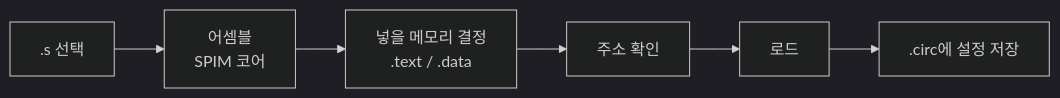
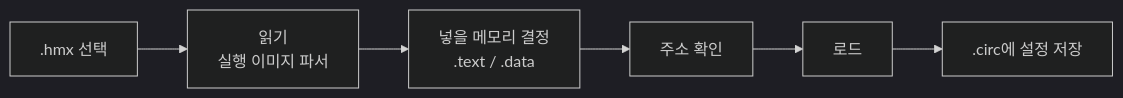
The first of 2 diagrams in PLAN.md (ars2323/hallym-circuit-studio), drawn with Mermaid (dark theme) before and after one commit. The commit also changed other lines of this file and 9 other files, not shown here.

````diff
--- a/PLAN.md
+++ b/PLAN.md
@@ -222,8 +222,8 @@
 ```mermaid
 flowchart LR
-  A[.s 선택] --> B[어셈블<br/>SPIM 코어]
+  A[.hmx 선택] --> B[읽기<br/>실행 이미지 파서]
   B --> C[넣을 메모리 결정<br/>.text / .data]
   C --> D[주소 확인]
   D --> E[로드]
   E --> F[.circ에 설정 저장]
 ```
````
